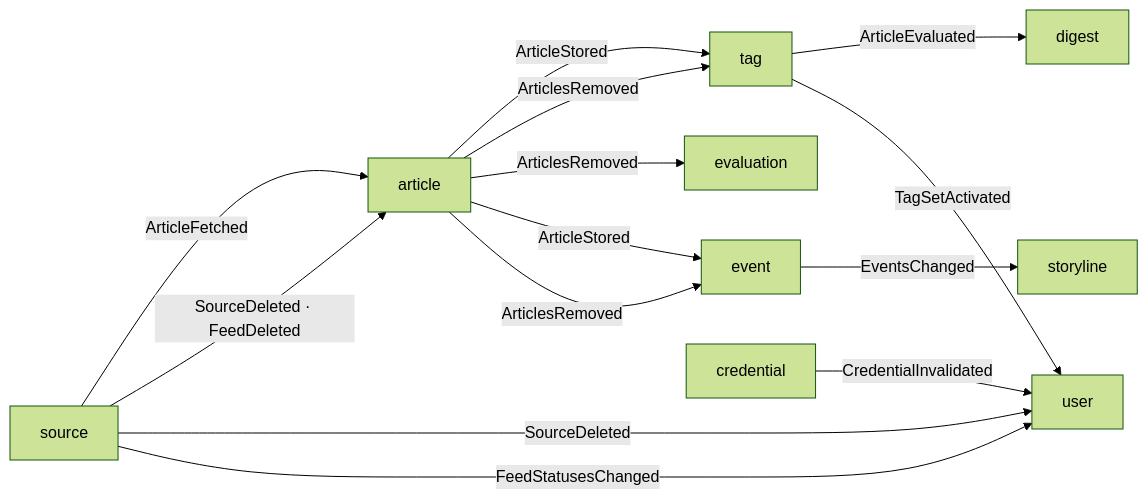
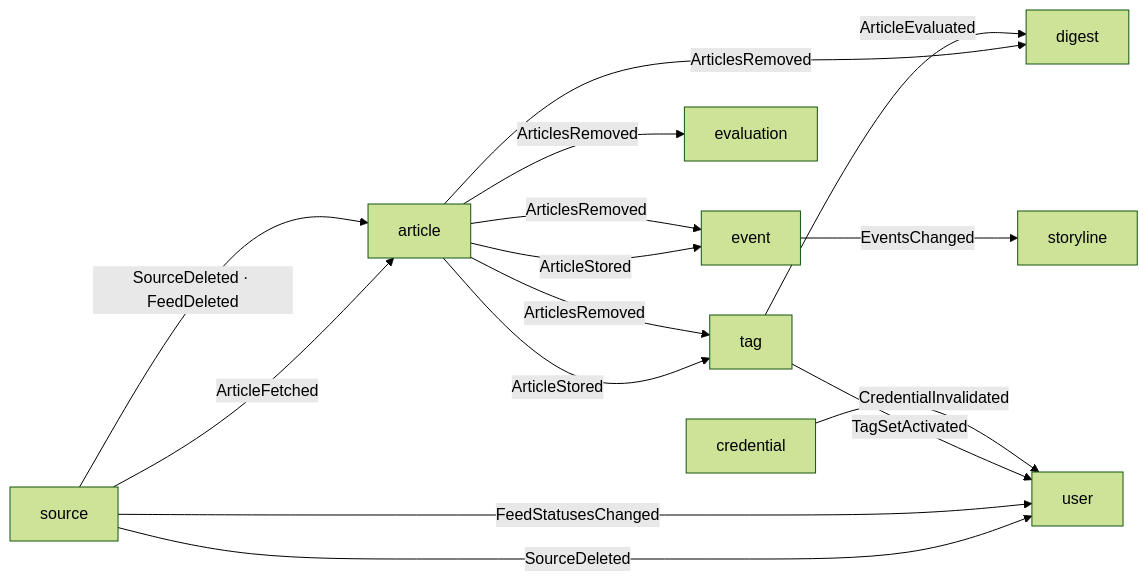
One commit to Theia0382/yozm-news changed the second of 2 diagrams in docs/overview.md. Above: the diagram before and after it, drawn with Mermaid (forest theme). The commit also changed other lines of this file and 16 other files, not shown here.

````diff
--- a/docs/overview.md
+++ b/docs/overview.md
@@ -137,16 +137,17 @@
 ```mermaid
 flowchart LR
     source -- ArticleFetched --> article
     source -- SourceDeleted · FeedDeleted --> article
     source -- SourceDeleted --> user
     source -- FeedStatusesChanged --> user
     article -- ArticleStored --> tag
     article -- ArticlesRemoved --> tag
     article -- ArticlesRemoved --> evaluation
     article -- ArticleStored --> event
     article -- ArticlesRemoved --> event
+    article -- ArticlesRemoved --> digest
     event -- EventsChanged --> storyline
     tag -- ArticleEvaluated --> digest
     tag -- TagSetActivated --> user
     credential -- CredentialInvalidated --> user
 ```
````
